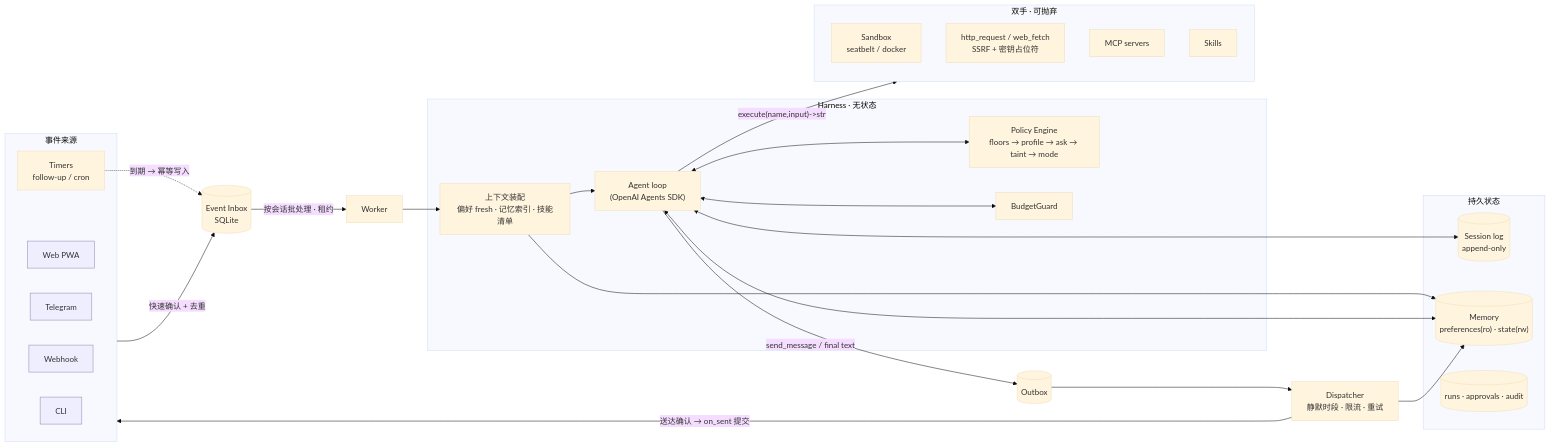
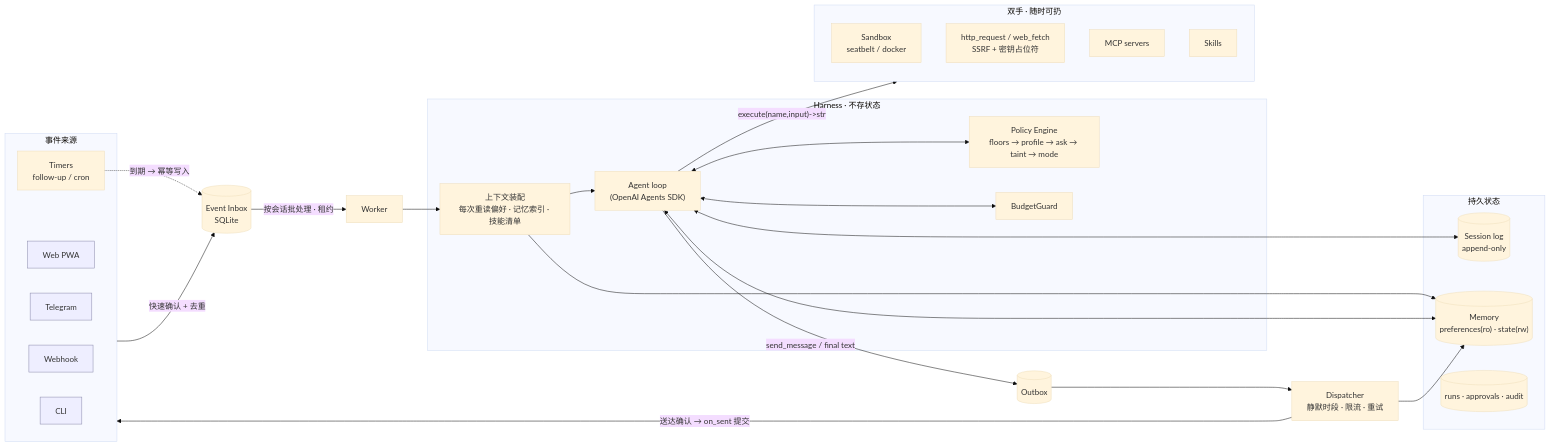
One commit to zypgo/personal-agent changed the diagram in docs/ARCHITECTURE.md. Above: the diagram before and after it, drawn with Mermaid (base theme). The commit also changed other lines of this file and 35 other files, not shown here.

````diff
--- a/docs/ARCHITECTURE.md
+++ b/docs/ARCHITECTURE.md
@@ -20,48 +20,48 @@
 ```mermaid
 flowchart LR
   subgraph Sources[事件来源]
     CLI[CLI]:::ch
     WEB[Web PWA]:::ch
     TG[Telegram]:::ch
     HOOK[Webhook]:::ch
     TIMER[Timers<br/>follow-up / cron]
   end
 
   Sources -->|"快速确认 + 去重"| INBOX[(Event Inbox<br/>SQLite)]
   TIMER -.->|"到期 → 幂等写入"| INBOX
   INBOX -->|"按会话批处理 · 租约"| WORKER[Worker]
 
-  subgraph Brain[Harness · 无状态]
-    CTX[上下文装配<br/>偏好 fresh · 记忆索引 · 技能清单]
+  subgraph Brain[Harness · 不存状态]
+    CTX[上下文装配<br/>每次重读偏好 · 记忆索引 · 技能清单]
     LOOP["Agent loop<br/>(OpenAI Agents SDK)"]
     POL[Policy Engine<br/>floors → profile → ask → taint → mode]
     BUD[BudgetGuard]
   end
   WORKER --> CTX --> LOOP
   LOOP <--> POL
   LOOP <--> BUD
 
-  subgraph Hands[双手 · 可抛弃]
+  subgraph Hands[双手 · 随时可扔]
     SBX[Sandbox<br/>seatbelt / docker]
     NET[http_request / web_fetch<br/>SSRF + 密钥占位符]
     MCP[MCP servers]
     SK[Skills]
   end
   LOOP -->|"execute(name,input)->str"| Hands
 
   subgraph State[持久状态]
     SLOG[(Session log<br/>append-only)]
     MEM[("Memory<br/>preferences(ro) · state(rw)")]
     RUNS[(runs · approvals · audit)]
   end
   LOOP <--> SLOG
   CTX --> MEM
   LOOP <--> MEM
 
   LOOP -->|send_message / final text| OUTBOX[(Outbox)]
   OUTBOX --> DISP[Dispatcher<br/>静默时段 · 限流 · 重试]
   DISP -->|"送达确认 → on_sent 提交"| Sources
   DISP --> MEM
 
   classDef ch fill:#eef,stroke:#88a;
 ```
````
